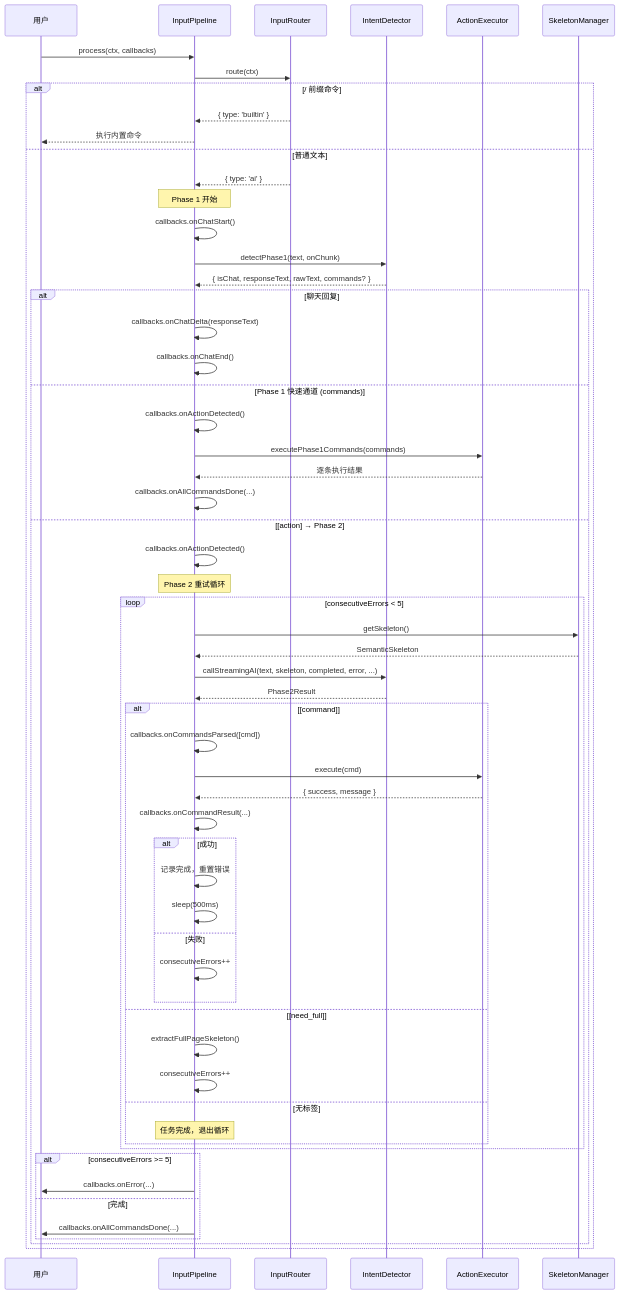
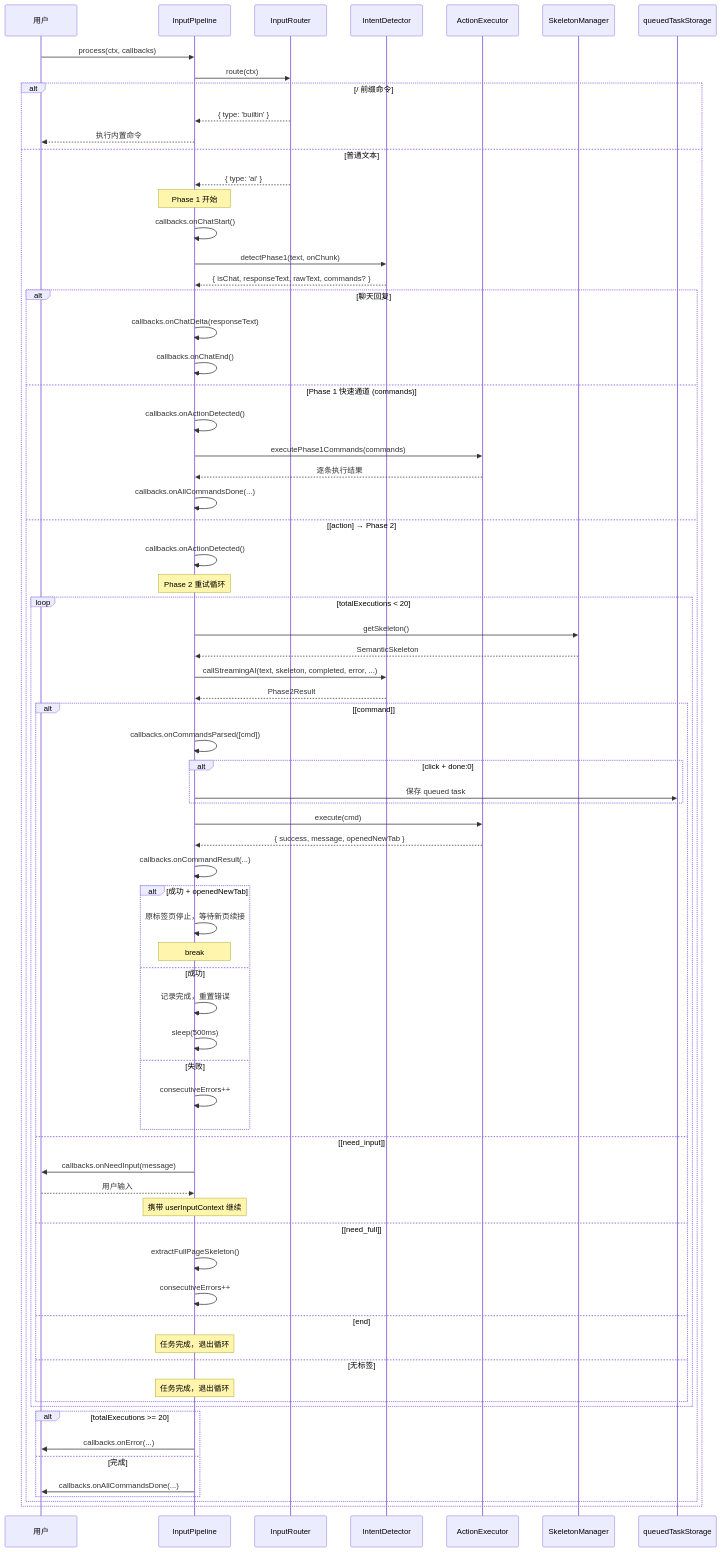
Before and after one commit to zw123zw/ai-browser: the third of 3 diagrams in docs/architecture/input-pipeline.md, drawn with Mermaid. The commit also changed other lines of this file and 10 other files, not shown here.

````diff
--- a/docs/architecture/input-pipeline.md
+++ b/docs/architecture/input-pipeline.md
@@ -373,68 +438,81 @@
 ```mermaid
 sequenceDiagram
     participant U as 用户
     participant P as InputPipeline
     participant R as InputRouter
     participant D as IntentDetector
     participant E as ActionExecutor
     participant S as SkeletonManager
+    participant ST as queuedTaskStorage
 
     U->>P: process(ctx, callbacks)
     P->>R: route(ctx)
 
     alt / 前缀命令
         R-->>P: { type: 'builtin' }
         P-->>U: 执行内置命令
     else 普通文本
         R-->>P: { type: 'ai' }
 
         Note over P: Phase 1 开始
         P->>P: callbacks.onChatStart()
         P->>D: detectPhase1(text, onChunk)
         D-->>P: { isChat, responseText, rawText, commands? }
 
         alt 聊天回复
             P->>P: callbacks.onChatDelta(responseText)
             P->>P: callbacks.onChatEnd()
         else Phase 1 快速通道 (commands)
             P->>P: callbacks.onActionDetected()
             P->>E: executePhase1Commands(commands)
             E-->>P: 逐条执行结果
             P->>P: callbacks.onAllCommandsDone(...)
         else [action] → Phase 2
             P->>P: callbacks.onActionDetected()
 
             Note over P: Phase 2 重试循环
-            loop consecutiveErrors < 5
+            loop totalExecutions < 20
                 P->>S: getSkeleton()
                 S-->>P: SemanticSkeleton
                 P->>D: callStreamingAI(text, skeleton, completed, error, ...)
                 D-->>P: Phase2Result
 
                 alt [command]
                     P->>P: callbacks.onCommandsParsed([cmd])
+                    alt click + done:0
+                        P->>ST: 保存 queued task
+                    end
                     P->>E: execute(cmd)
-                    E-->>P: { success, message }
+                    E-->>P: { success, message, openedNewTab }
                     P->>P: callbacks.onCommandResult(...)
-                    alt 成功
+                    alt 成功 + openedNewTab
+                        P->>P: 原标签页停止，等待新页续接
+                        Note over P: break
+                    else 成功
                         P->>P: 记录完成，重置错误
                         P->>P: sleep(500ms)
                     else 失败
                         P->>P: consecutiveErrors++
                     end
+                else [need_input]
+                    P->>U: callbacks.onNeedInput(message)
+                    U-->>P: 用户输入
+                    Note over P: 携带 userInputContext 继续
                 else [need_full]
                     P->>P: extractFullPageSkeleton()
                     P->>P: consecutiveErrors++
+                else end
+                    Note over P: 任务完成，退出循环
                 else 无标签
                     Note over P: 任务完成，退出循环
                 end
             end
 
-            alt consecutiveErrors >= 5
+            alt totalExecutions >= 20
                 P->>U: callbacks.onError(...)
             else 完成
                 P->>U: callbacks.onAllCommandsDone(...)
             end
         end
     end
 ```
````
